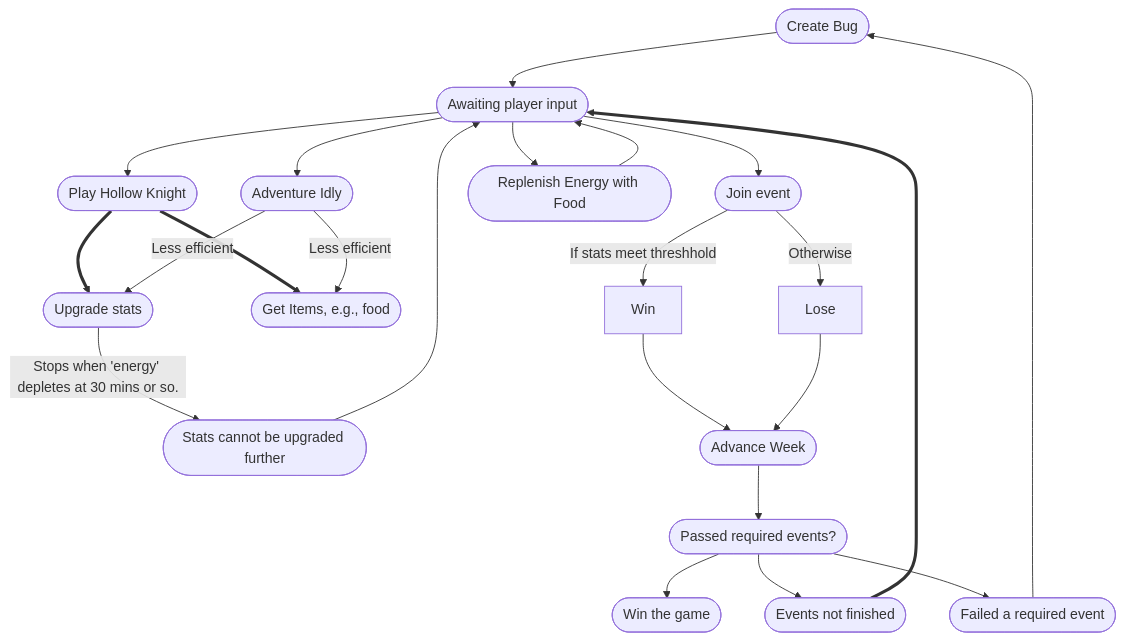
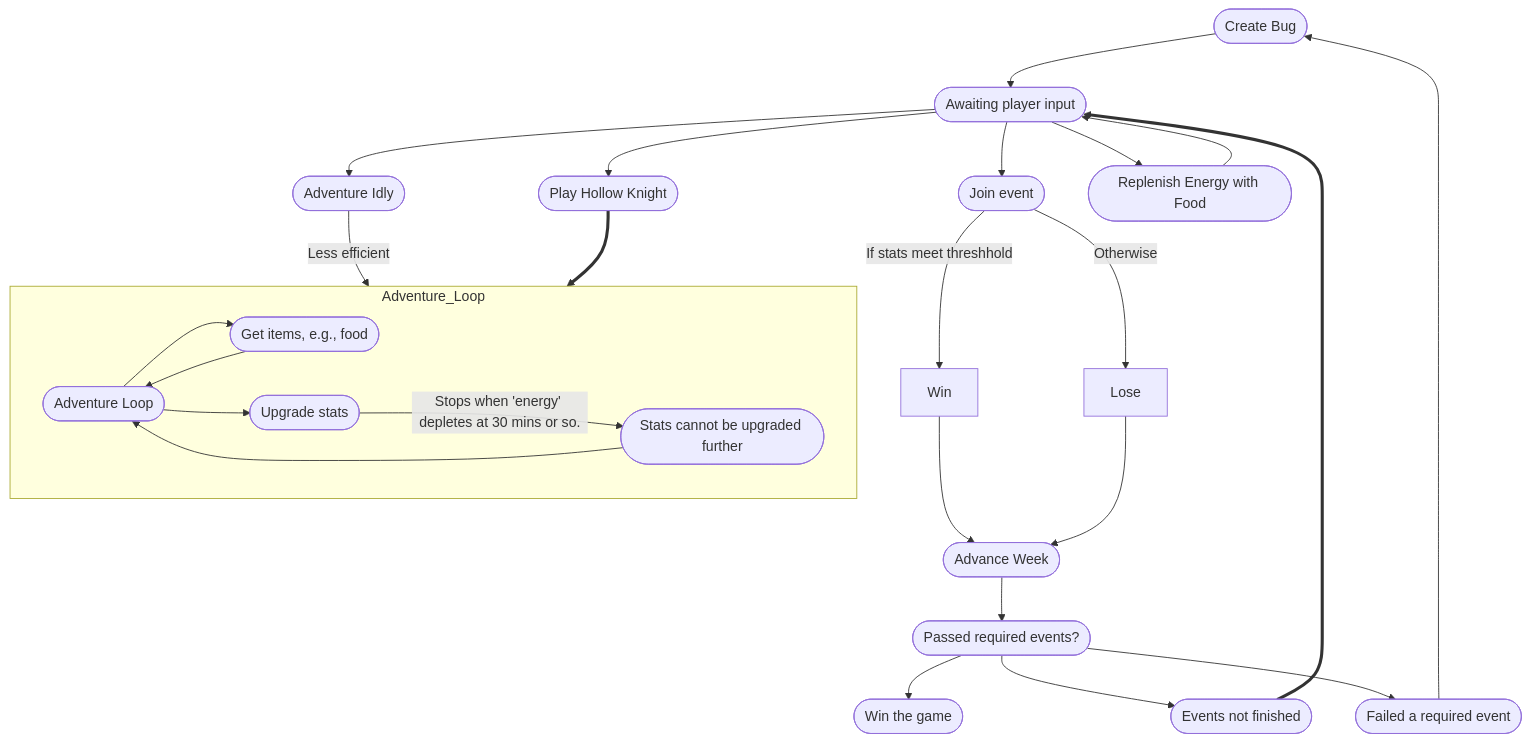
Before and after one commit to ambiguousname/secret-santa-2025: the diagram in DESIGN.md, drawn with Mermaid.

Commit message:
Flesh out adventure loop a little more clearly

````diff
--- a/DESIGN.md
+++ b/DESIGN.md
@@ -3,36 +3,42 @@
 ```mermaid
 graph TD
 
 CREATE(["Create Bug"]) --> INPUT
 
 INPUT(["Awaiting player input"]) --> PLAY
 INPUT --> IDLE
 INPUT --> EVENT
 
-PLAY(["Play Hollow Knight"]) ==> SKILL(["Upgrade stats"])
-IDLE(["Adventure Idly"]) -->|Less efficient| SKILL
+subgraph Adventure_Loop
+	ADVENTURE_LOOP(["Adventure Loop"])
+	ITEMS(["Get items, e.g., food"])
+	SKILL(["Upgrade stats"])
+	ADVENTURE_LOOP --> ITEMS
+	ITEMS --> ADVENTURE_LOOP
+	ADVENTURE_LOOP --> SKILL
 
-PLAY ==> ITEMS(["Get Items, e.g., food"])
-IDLE -->|Less efficient| ITEMS
+	SKILL -->|Stops when 'energy' depletes at 30 mins or so.| MAX(["Stats cannot be upgraded further"])
 
-SKILL -->|Stops when 'energy' depletes at 30 mins or so.| MAX(["Stats cannot be upgraded further"])
+	MAX --> ADVENTURE_LOOP
+end
 
-MAX --> INPUT
+IDLE(["Adventure Idly"]) -->|Less efficient| Adventure_Loop
+PLAY(["Play Hollow Knight"]) ==> Adventure_Loop
 
 EVENT(["Join event"]) -->|If stats meet threshhold| Win
 EVENT -->|Otherwise| Lose
 
 Win --> ADVANCE(["Advance Week"])
 Lose --> ADVANCE
 
 INPUT --> FEED(["Replenish Energy with Food"])
 FEED --> INPUT
 
 
 ADVANCE --> WEEK(["Passed required events?"])
 WEEK --> SUCCESS(["Win the game"])
 WEEK --> UNFINISHED(["Events not finished"]) ==> INPUT
 
 WEEK --> FAILED(["Failed a required event"])
 FAILED --> CREATE
 ```
````
